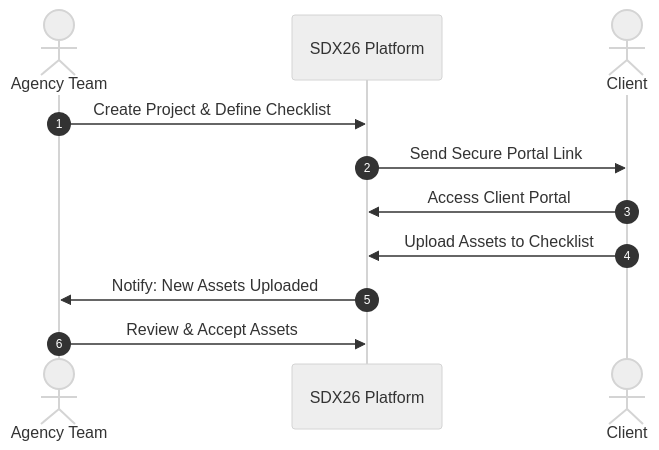
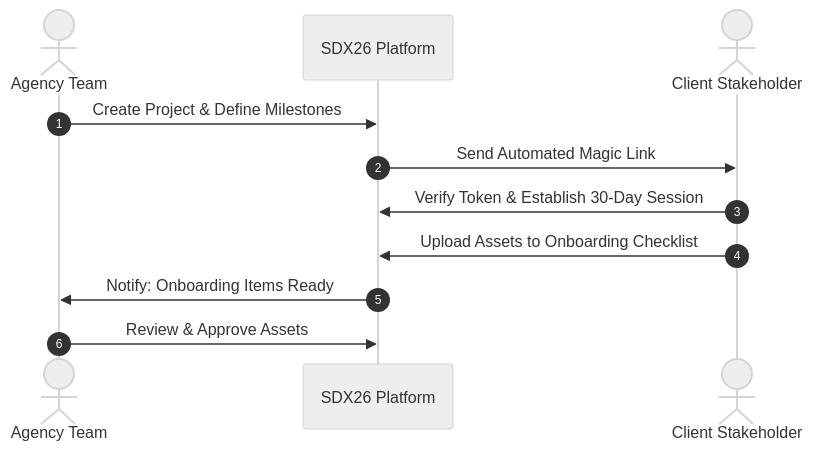
The third of 4 diagrams in README.md (Sayan-01/sdx26), drawn with Mermaid (neutral theme) before and after one commit. The commit also changed other lines of this file and 1 other file, not shown here.

````diff
--- a/README.md
+++ b/README.md
@@ -116,14 +136,14 @@
 ```mermaid
 sequenceDiagram
     autonumber
     actor Agency as Agency Team
     participant System as SDX26 Platform
-    actor Client as Client
+    actor Client as Client Stakeholder
     
-    Agency->>System: Create Project & Define Checklist
-    System->>Client: Send Secure Portal Link
-    Client->>System: Access Client Portal
-    Client->>System: Upload Assets to Checklist
-    System->>Agency: Notify: New Assets Uploaded
-    Agency->>System: Review & Accept Assets
+    Agency->>System: Create Project & Define Milestones
+    System->>Client: Send Automated Magic Link
+    Client->>System: Verify Token & Establish 30-Day Session
+    Client->>System: Upload Assets to Onboarding Checklist
+    System->>Agency: Notify: Onboarding Items Ready
+    Agency->>System: Review & Approve Assets
 ```
````
